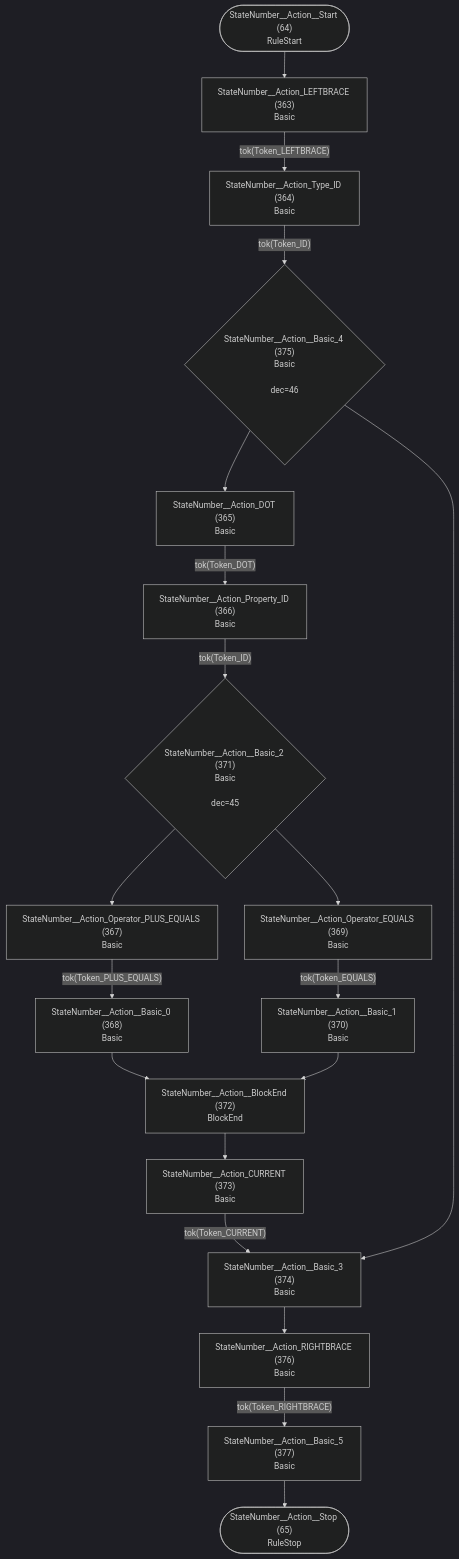
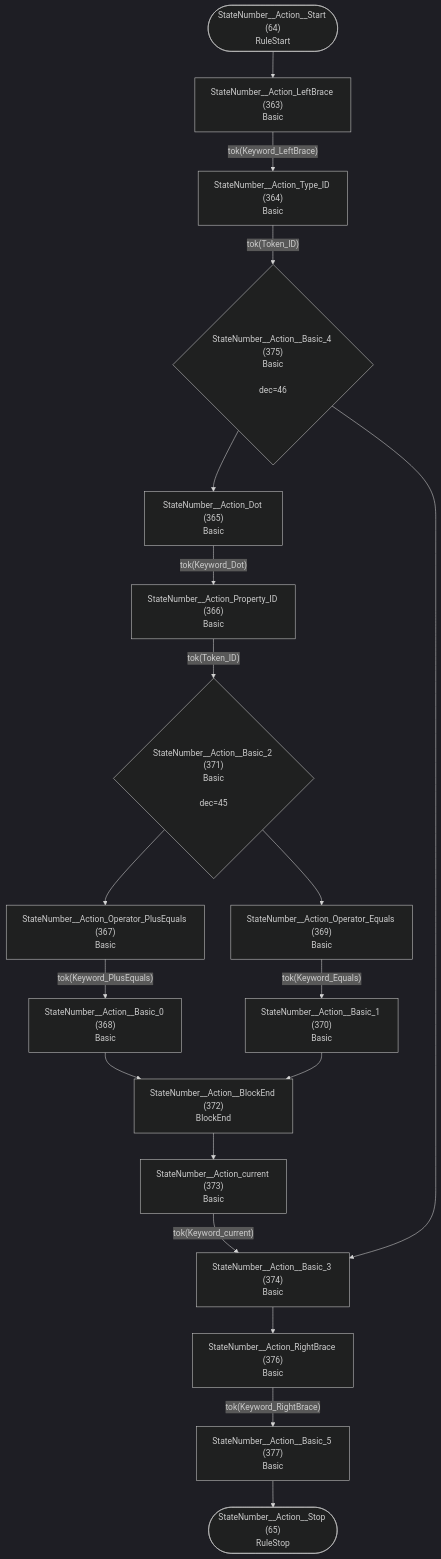
One commit to TypeFox/fastbelt changed diagram 33 of 37 in internal/grammar/atn.md. Above: the diagram before and after it, drawn with Mermaid (dark theme). The commit also changed other lines of this file and 7 other files, not shown here.

````diff
--- a/internal/grammar/atn.md
+++ b/internal/grammar/atn.md
@@ -967,39 +967,39 @@
 ```mermaid
 flowchart TD
     q64(["StateNumber__Action__Start (64)<br/>RuleStart"])
     q65(["StateNumber__Action__Stop (65)<br/>RuleStop"])
-    q363["StateNumber__Action_LEFTBRACE (363)<br/>Basic<br/>"]
+    q363["StateNumber__Action_LeftBrace (363)<br/>Basic<br/>"]
     q364["StateNumber__Action_Type_ID (364)<br/>Basic<br/>"]
-    q365["StateNumber__Action_DOT (365)<br/>Basic<br/>"]
+    q365["StateNumber__Action_Dot (365)<br/>Basic<br/>"]
     q366["StateNumber__Action_Property_ID (366)<br/>Basic<br/>"]
-    q367["StateNumber__Action_Operator_PLUS_EQUALS (367)<br/>Basic<br/>"]
+    q367["StateNumber__Action_Operator_PlusEquals (367)<br/>Basic<br/>"]
     q368["StateNumber__Action__Basic_0 (368)<br/>Basic<br/>"]
-    q369["StateNumber__Action_Operator_EQUALS (369)<br/>Basic<br/>"]
+    q369["StateNumber__Action_Operator_Equals (369)<br/>Basic<br/>"]
     q370["StateNumber__Action__Basic_1 (370)<br/>Basic<br/>"]
     q371{"StateNumber__Action__Basic_2 (371)<br/>Basic<br/><br/>dec=45"}
     q372["StateNumber__Action__BlockEnd (372)<br/>BlockEnd<br/>"]
-    q373["StateNumber__Action_CURRENT (373)<br/>Basic<br/>"]
+    q373["StateNumber__Action_current (373)<br/>Basic<br/>"]
     q374["StateNumber__Action__Basic_3 (374)<br/>Basic<br/>"]
     q375{"StateNumber__Action__Basic_4 (375)<br/>Basic<br/><br/>dec=46"}
-    q376["StateNumber__Action_RIGHTBRACE (376)<br/>Basic<br/>"]
+    q376["StateNumber__Action_RightBrace (376)<br/>Basic<br/>"]
     q377["StateNumber__Action__Basic_5 (377)<br/>Basic<br/>"]
 
     q64 --> q363
-    q363 -->|"tok(Token_LEFTBRACE)"| q364
+    q363 -->|"tok(Keyword_LeftBrace)"| q364
     q364 -->|"tok(Token_ID)"| q375
-    q365 -->|"tok(Token_DOT)"| q366
+    q365 -->|"tok(Keyword_Dot)"| q366
     q366 -->|"tok(Token_ID)"| q371
-    q367 -->|"tok(Token_PLUS_EQUALS)"| q368
+    q367 -->|"tok(Keyword_PlusEquals)"| q368
     q368 --> q372
-    q369 -->|"tok(Token_EQUALS)"| q370
+    q369 -->|"tok(Keyword_Equals)"| q370
     q370 --> q372
     q371 --> q367
     q371 --> q369
     q372 --> q373
-    q373 -->|"tok(Token_CURRENT)"| q374
+    q373 -->|"tok(Keyword_current)"| q374
     q374 --> q376
     q375 --> q365
     q375 --> q374
-    q376 -->|"tok(Token_RIGHTBRACE)"| q377
+    q376 -->|"tok(Keyword_RightBrace)"| q377
     q377 --> q65
 ```
````
